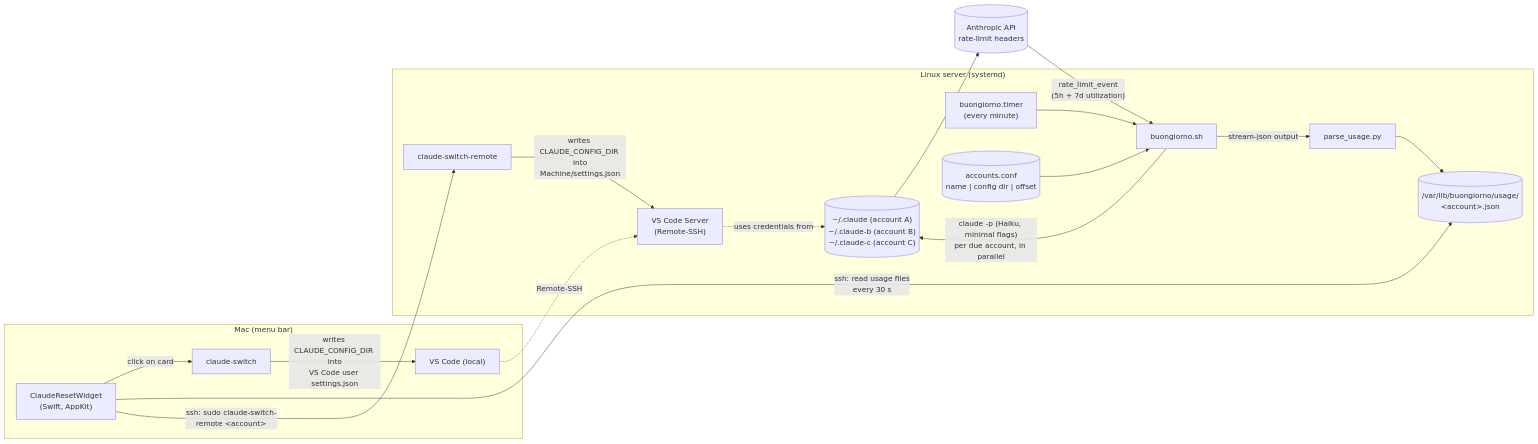
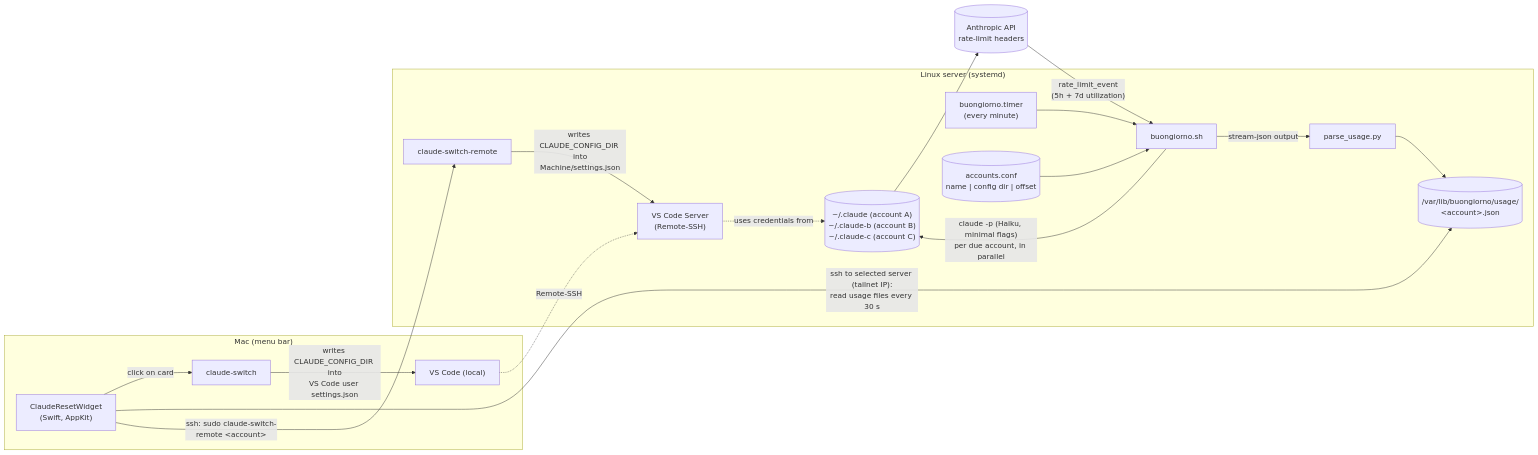
Before and after one commit to lucadagati/claude-reset-widget: the first of 2 diagrams in README.md, drawn with Mermaid. The commit also changed other lines of this file and 3 other files, not shown here.

Commit message:
Widget: choose the server (tailnet IPs) from the menu, with online status

````diff
--- a/README.md
+++ b/README.md
@@ -73,36 +74,36 @@
 ```mermaid
 flowchart LR
     subgraph Mac["Mac (menu bar)"]
         W["ClaudeResetWidget<br/>(Swift, AppKit)"]
         CS["claude-switch"]
         VSL["VS Code (local)"]
         W -- "click on card" --> CS
         CS -- "writes CLAUDE_CONFIG_DIR into<br/>VS Code user settings.json" --> VSL
     end
 
     subgraph Server["Linux server (systemd)"]
         T["buongiorno.timer<br/>(every minute)"]
         S["buongiorno.sh"]
         P["parse_usage.py"]
         U[("/var/lib/buongiorno/usage/<br/>&lt;account&gt;.json")]
         A[("accounts.conf<br/>name | config dir | offset")]
         CSR["claude-switch-remote"]
         VSR["VS Code Server<br/>(Remote-SSH)"]
         CFG[("~/.claude (account A)<br/>~/.claude-b (account B)<br/>~/.claude-c (account C)")]
         T --> S
         A --> S
         S -- "claude -p (Haiku, minimal flags)<br/>per due account, in parallel" --> CFG
         S -- "stream-json output" --> P
         P --> U
         CSR -- "writes CLAUDE_CONFIG_DIR into<br/>Machine/settings.json" --> VSR
         VSR -. "uses credentials from" .-> CFG
     end
 
     API[("Anthropic API<br/>rate-limit headers")]
     CFG --> API
     API -- "rate_limit_event<br/>(5h + 7d utilization)" --> S
 
-    W -- "ssh: read usage files<br/>every 30 s" --> U
+    W -- "ssh to selected server (tailnet IP):<br/>read usage files every 30 s" --> U
     W -- "ssh: sudo claude-switch-remote &lt;account&gt;" --> CSR
     VSL -. "Remote-SSH" .-> VSR
 ```
````
